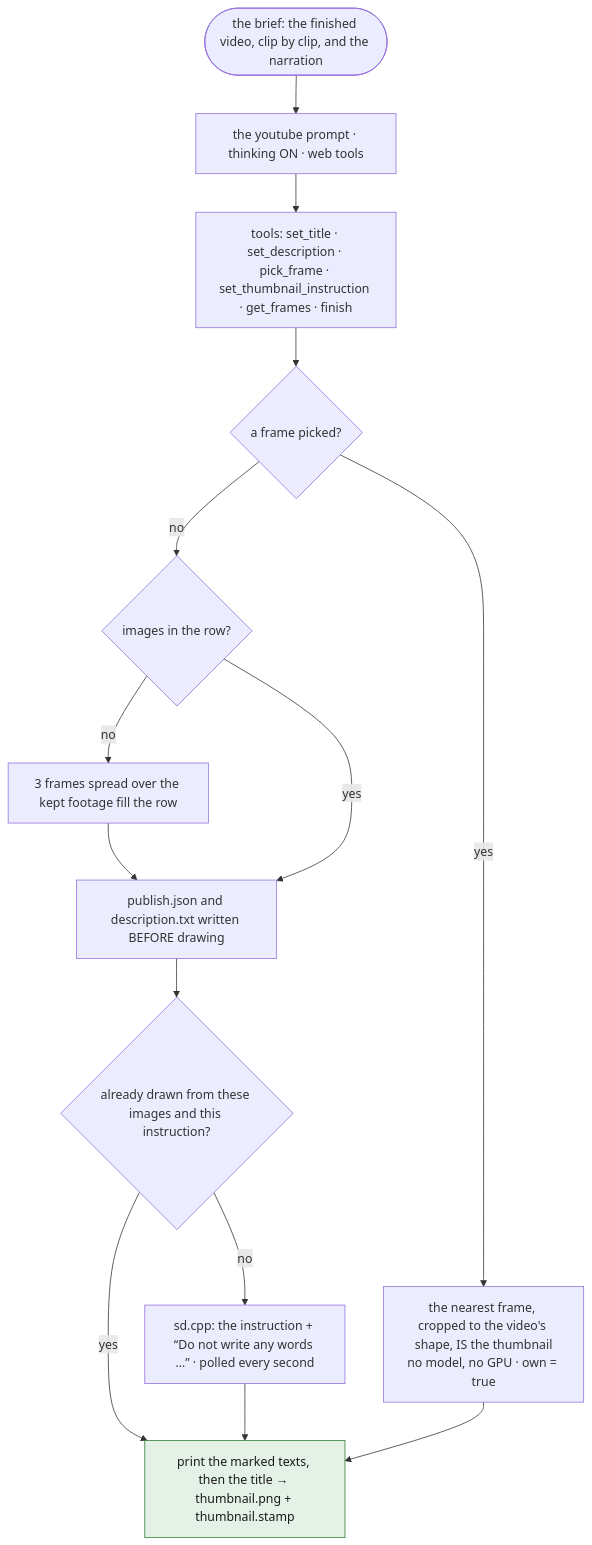
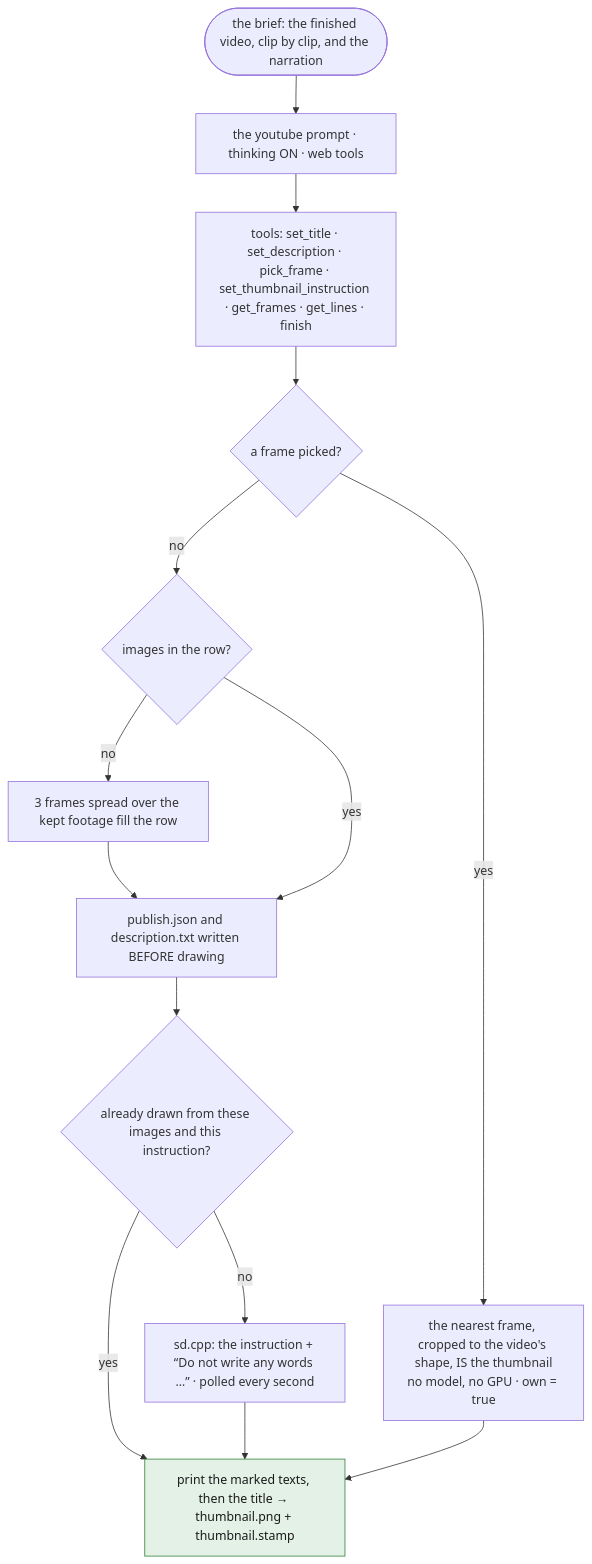
The fifth of 6 diagrams in spec/08-produce.md (tbocek/naivepost), drawn with Mermaid before and after one commit. The commit also changed other lines of this file and 21 other files, not shown here.

````diff
--- a/spec/08-produce.md
+++ b/spec/08-produce.md
@@ -146,18 +146,18 @@
 ```mermaid
 flowchart TD
   A(["the brief: the finished video, clip by clip, and the narration"]) --> M["the youtube prompt · thinking ON · web tools"]
-  M --> T["tools: set_title · set_description · pick_frame · set_thumbnail_instruction · get_frames · finish"]
+  M --> T["tools: set_title · set_description · pick_frame · set_thumbnail_instruction · get_frames · get_lines · finish"]
   T --> K{"a frame picked?"}
   K -- yes --> FR["the nearest frame, cropped to the video's shape, IS the thumbnail<br/>no model, no GPU · own = true"]
   K -- no --> ROW{"images in the row?"}
   ROW -- no --> THREE["3 frames spread over the kept footage fill the row"] --> PJ
   ROW -- yes --> PJ["publish.json and description.txt written BEFORE drawing"]
   PJ --> ST{"already drawn from these images and this instruction?"}
   ST -- yes --> PR
   ST -- no --> SD["sd.cpp: the instruction + “Do not write any words …” · polled every second"]
   SD --> PR["print the marked texts, then the title → thumbnail.png + thumbnail.stamp"]:::done
   FR --> PR
   classDef refuse fill:#fde2e1,stroke:#c01c28,color:#1a1a1a
   classDef done fill:#e3f1e6,stroke:#2e7d32,color:#1a1a1a
   classDef ask fill:#e8eefc,stroke:#3a63c8,color:#1a1a1a
 ```
````
